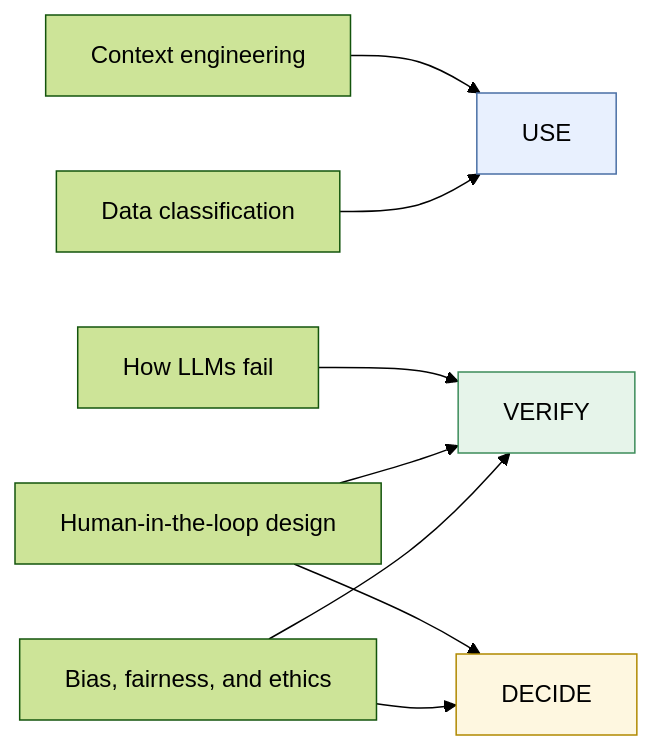
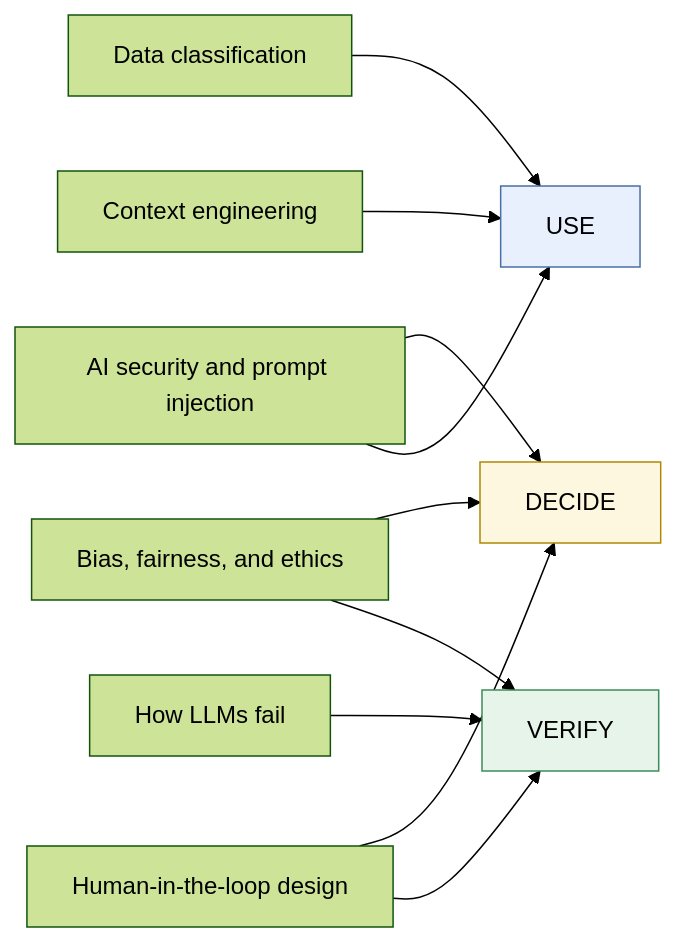
Before and after one commit to clarkngo/applied-ai-field-guide: the diagram in docs/foundations/index.md, drawn with Mermaid (forest theme). The commit also changed other lines of this file and 9 other files, not shown here.

````diff
--- a/docs/foundations/index.md
+++ b/docs/foundations/index.md
@@ -15,16 +15,18 @@
 ```mermaid
 flowchart LR
   CE["Context engineering"] --> U["USE"]
   DC["Data classification"] --> U
   LF["How LLMs fail"] --> V["VERIFY"]
   HL["Human-in-the-loop design"] --> V
   HL --> D["DECIDE"]
   BE["Bias, fairness, and ethics"] --> V
   BE --> D
+  SEC["AI security and prompt injection"] --> U
+  SEC --> D
   classDef use fill:#e8f0fe,stroke:#4a6fa5;
   classDef verify fill:#e6f4ea,stroke:#3c8c5a;
   classDef dd fill:#fef7e0,stroke:#b08900;
   class U use;
   class V verify;
   class D dd;
 ```
````
